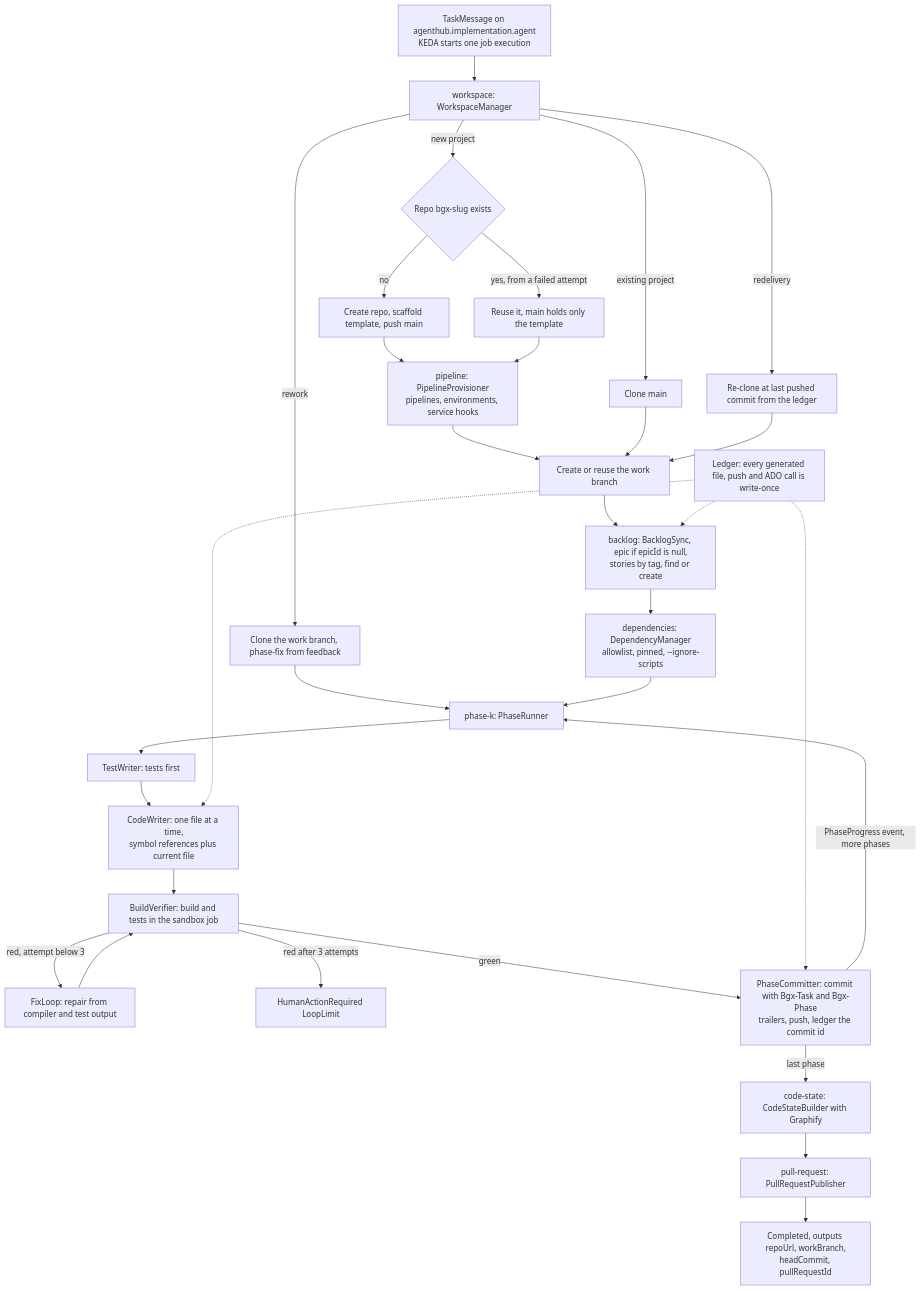
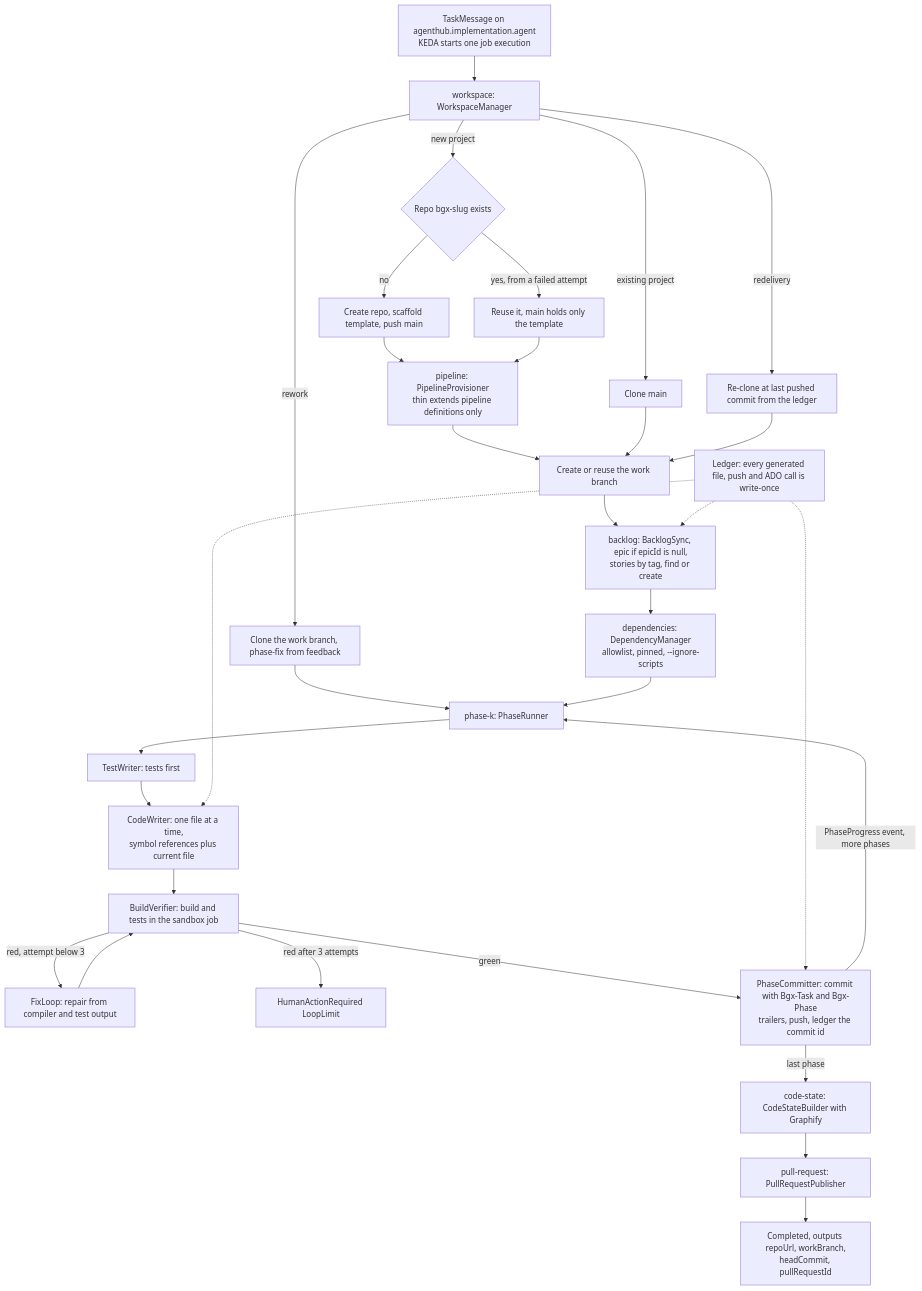
One commit to badrusiddique/agent-sdlc changed the sixth of 27 diagrams in docs/architecture/north-star-system-design.md. Above: the diagram before and after it, drawn with Mermaid. The commit also changed other lines of this file and 2 other files, not shown here.

````diff
--- a/docs/architecture/north-star-system-design.md
+++ b/docs/architecture/north-star-system-design.md
@@ -570,33 +570,33 @@
 ```mermaid
 flowchart TD
     M["TaskMessage on agenthub.implementation.agent<br/>KEDA starts one job execution"] --> W["workspace: WorkspaceManager"]
     W -->|"new project"| W0{"Repo bgx-slug exists"}
     W0 -->|"no"| W1["Create repo, scaffold template, push main"]
     W0 -->|"yes, from a failed attempt"| W4["Reuse it, main holds only the template"]
     W -->|"existing project"| W2["Clone main"]
     W -->|"redelivery"| W3["Re-clone at last pushed commit from the ledger"]
     W -->|"rework"| W5["Clone the work branch, phase-fix from feedback"]
-    W1 --> PP["pipeline: PipelineProvisioner<br/>pipelines, environments, service hooks"]
+    W1 --> PP["pipeline: PipelineProvisioner<br/>thin extends pipeline definitions only"]
     W4 --> PP
     PP --> BR["Create or reuse the work branch"]
     W2 --> BR
     W3 --> BR
     W5 --> PH
     BR --> BL["backlog: BacklogSync, epic if epicId is null,<br/>stories by tag, find or create"]
     BL --> DM["dependencies: DependencyManager<br/>allowlist, pinned, --ignore-scripts"]
     DM --> PH["phase-k: PhaseRunner"]
     PH --> TW["TestWriter: tests first"]
     TW --> CW["CodeWriter: one file at a time,<br/>symbol references plus current file"]
     CW --> BV["BuildVerifier: build and tests in the sandbox job"]
     BV -->|"red, attempt below 3"| FX["FixLoop: repair from compiler and test output"]
     FX --> BV
     BV -->|"red after 3 attempts"| LL["HumanActionRequired LoopLimit"]
     BV -->|"green"| PC["PhaseCommitter: commit with Bgx-Task and Bgx-Phase<br/>trailers, push, ledger the commit id"]
     PC -->|"PhaseProgress event, more phases"| PH
     PC -->|"last phase"| CS["code-state: CodeStateBuilder with Graphify"]
     CS --> PR["pull-request: PullRequestPublisher"]
     PR --> OK["Completed, outputs repoUrl, workBranch,<br/>headCommit, pullRequestId"]
     LG["Ledger: every generated file, push and ADO call is write-once"] -.-> CW
     LG -.-> PC
     LG -.-> BL
 ```
````
